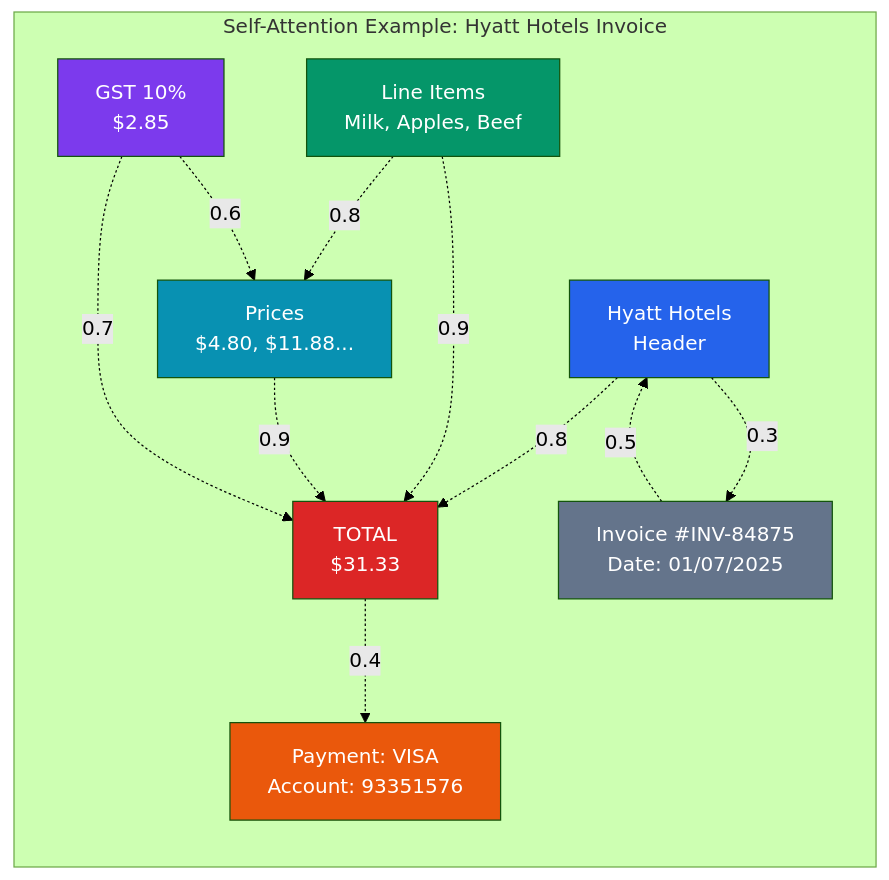
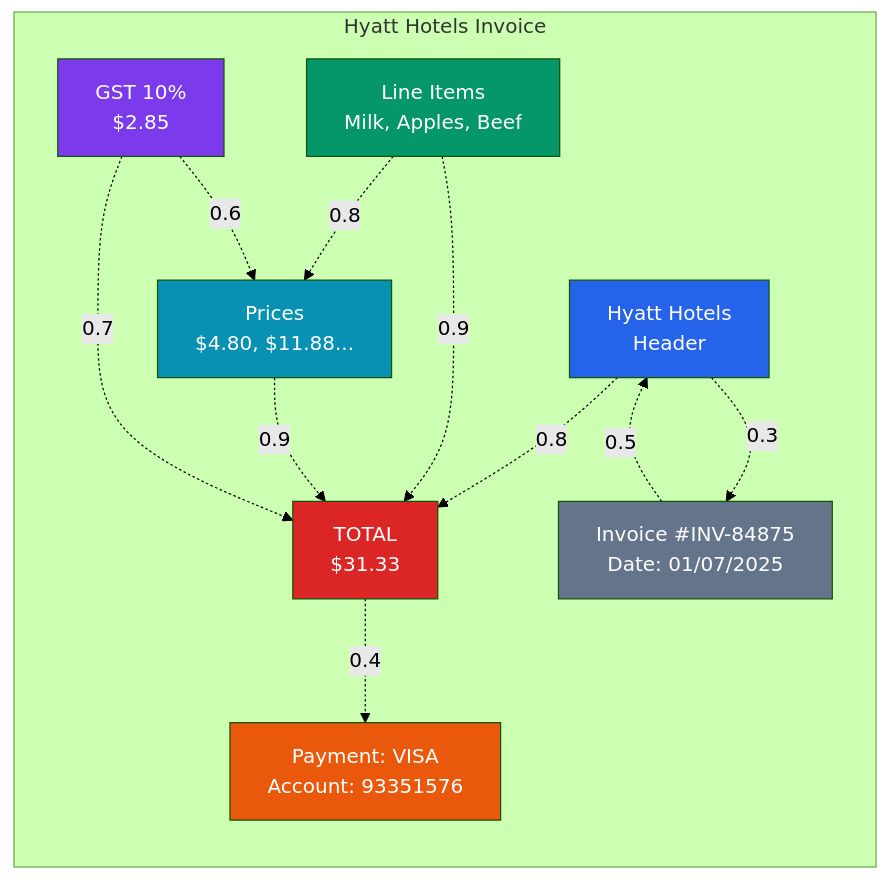
Before and after one commit to tmnestor/unified_vision_processor_minimal: the diagram in presentation_materials/presentation_diagrams/mermaid_exports/Self_Attention_Hyatt_Invoice.mmd, drawn with Mermaid (forest theme). The commit also changed 1 other file, not shown here.

Commit message:
✨ feat: update subgraph title in Self-Attention diagram for consistency

```diff
--- a/presentation_materials/presentation_diagrams/mermaid_exports/Self_Attention_Hyatt_Invoice.mmd
+++ b/presentation_materials/presentation_diagrams/mermaid_exports/Self_Attention_Hyatt_Invoice.mmd
@@ -1,21 +1,21 @@
 graph LR
-    subgraph "Self-Attention Example: Hyatt Hotels Invoice"
+    subgraph "Hyatt Hotels Invoice"
         P1[Hyatt Hotels<br/>Header] -.->|0.8| P5[TOTAL<br/>$31.33]
         P2[Line Items<br/>Milk, Apples, Beef] -.->|0.9| P5
         P3[Prices<br/>$4.80, $11.88...] -.->|0.9| P5
         P4[GST 10%<br/>$2.85] -.->|0.7| P5
         P5 -.->|0.4| P6[Payment: VISA<br/>Account: 93351576]
         
         P1 -.->|0.3| P7[Invoice #INV-84875<br/>Date: 01/07/2025]
         P2 -.->|0.8| P3
         P4 -.->|0.6| P3
         P7 -.->|0.5| P1
     end
     
     style P1 fill:#2563eb,color:#fff
     style P2 fill:#059669,color:#fff
     style P3 fill:#0891b2,color:#fff
     style P4 fill:#7c3aed,color:#fff
     style P5 fill:#dc2626,color:#fff
     style P6 fill:#ea580c,color:#fff
     style P7 fill:#64748b,color:#fff
```
